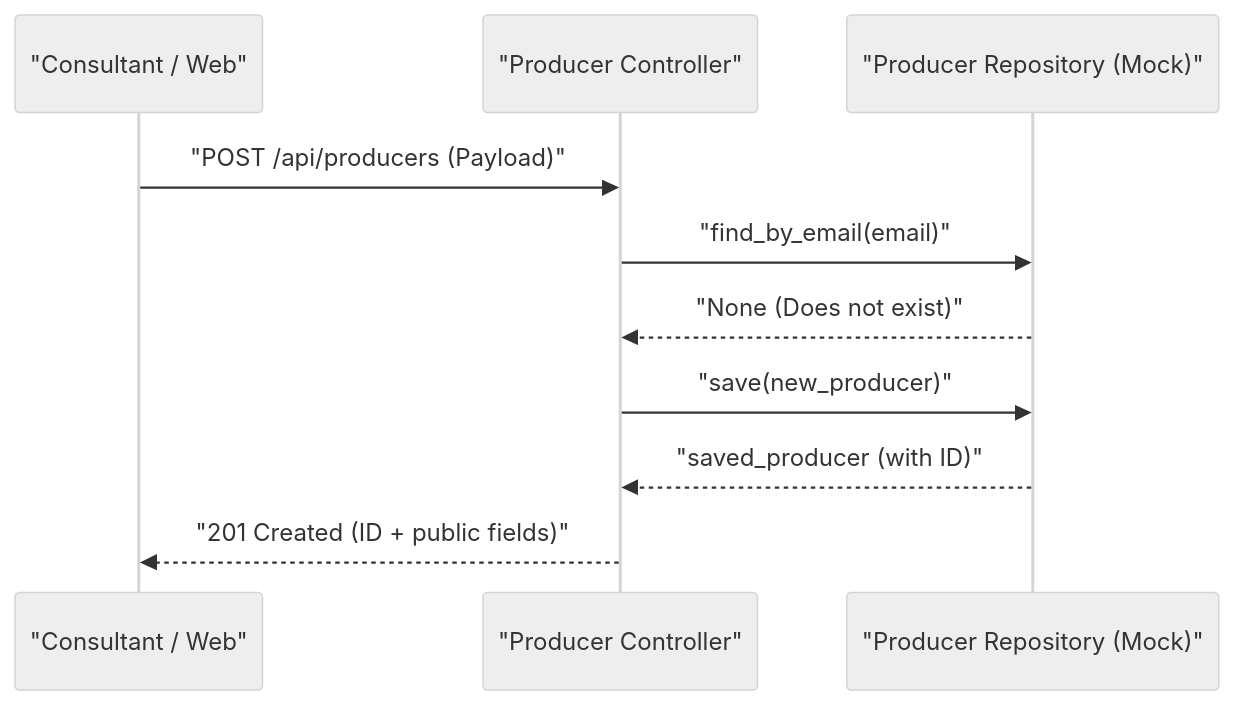
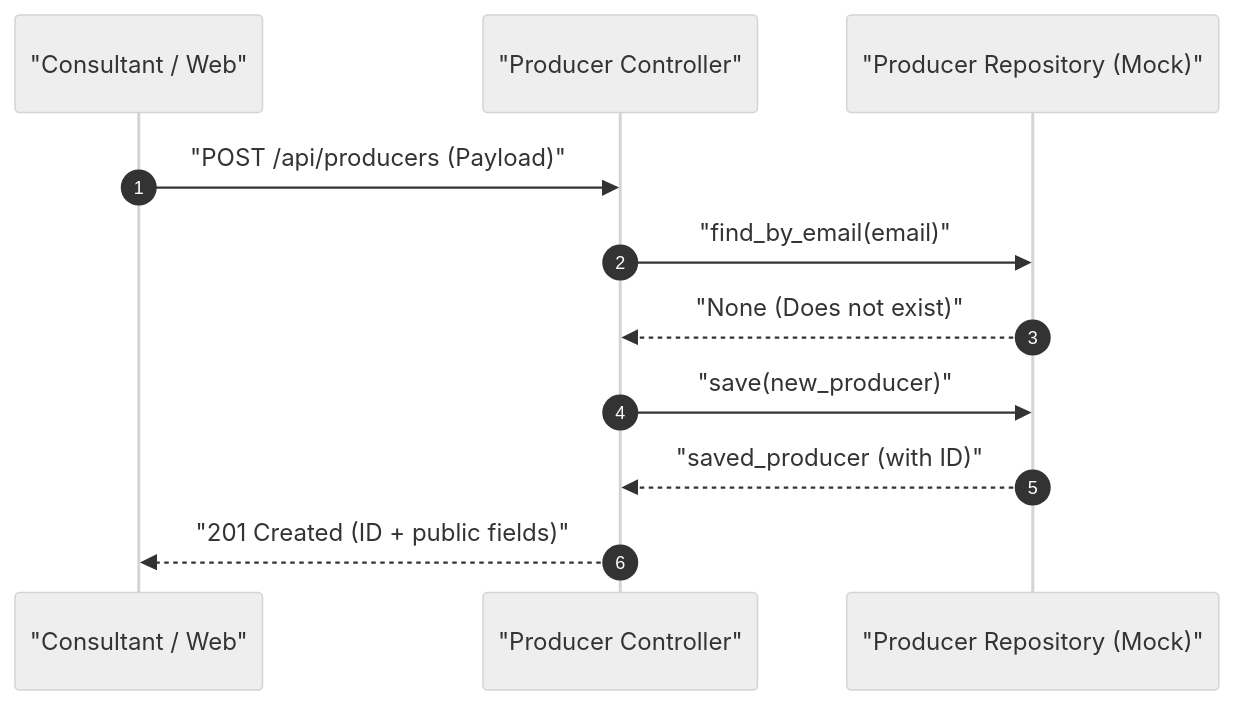
One commit to MarcosVeniciu/antigravity-agentic-workflows changed the first of 2 diagrams in skills/plan-sdd/examples/sdd_checkout_example.md. Above: the diagram before and after it, drawn with Mermaid (neutral theme). The commit also changed other lines of this file and 9 other files, not shown here.

Commit message:
feat: establish architectural standards and documentation templates for Epic and SDD planning workflows

````diff
--- a/skills/plan-sdd/examples/sdd_checkout_example.md
+++ b/skills/plan-sdd/examples/sdd_checkout_example.md
@@ -17,13 +19,14 @@
 ```mermaid
 sequenceDiagram
+    autonumber
     participant Client as "Consultant / Web"
     participant API as "Producer Controller"
     participant Repo as "Producer Repository (Mock)"
     
     Client->>API: "POST /api/producers (Payload)"
     API->>Repo: "find_by_email(email)"
     Repo-->>API: "None (Does not exist)"
     API->>Repo: "save(new_producer)"
     Repo-->>API: "saved_producer (with ID)"
     API-->>Client: "201 Created (ID + public fields)"
 ```
````
